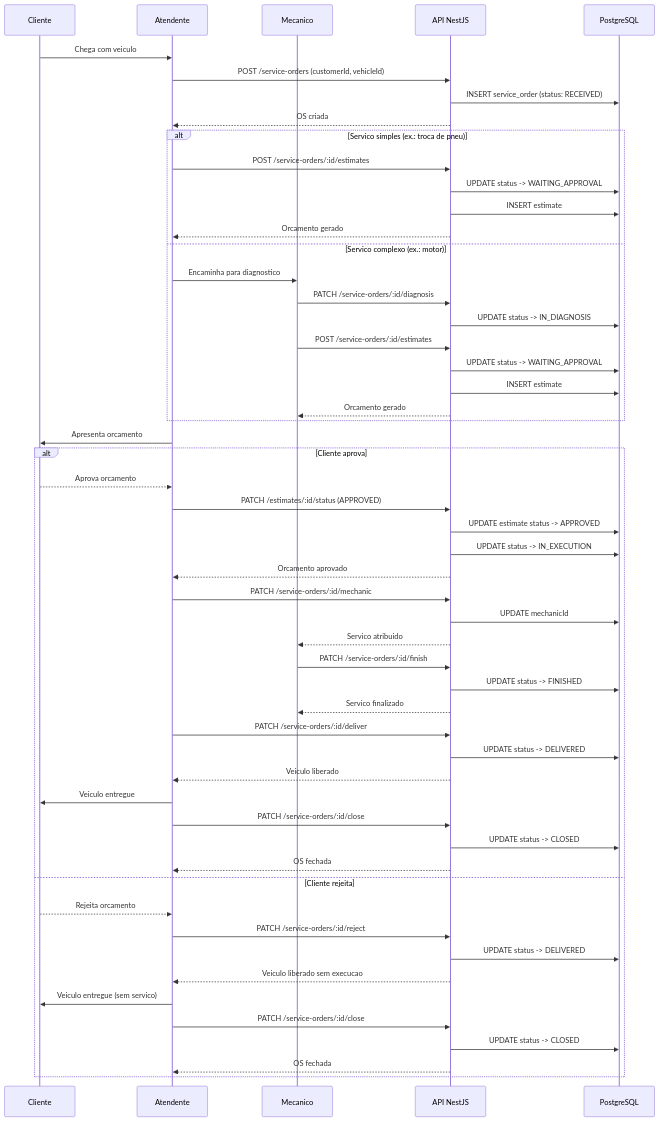
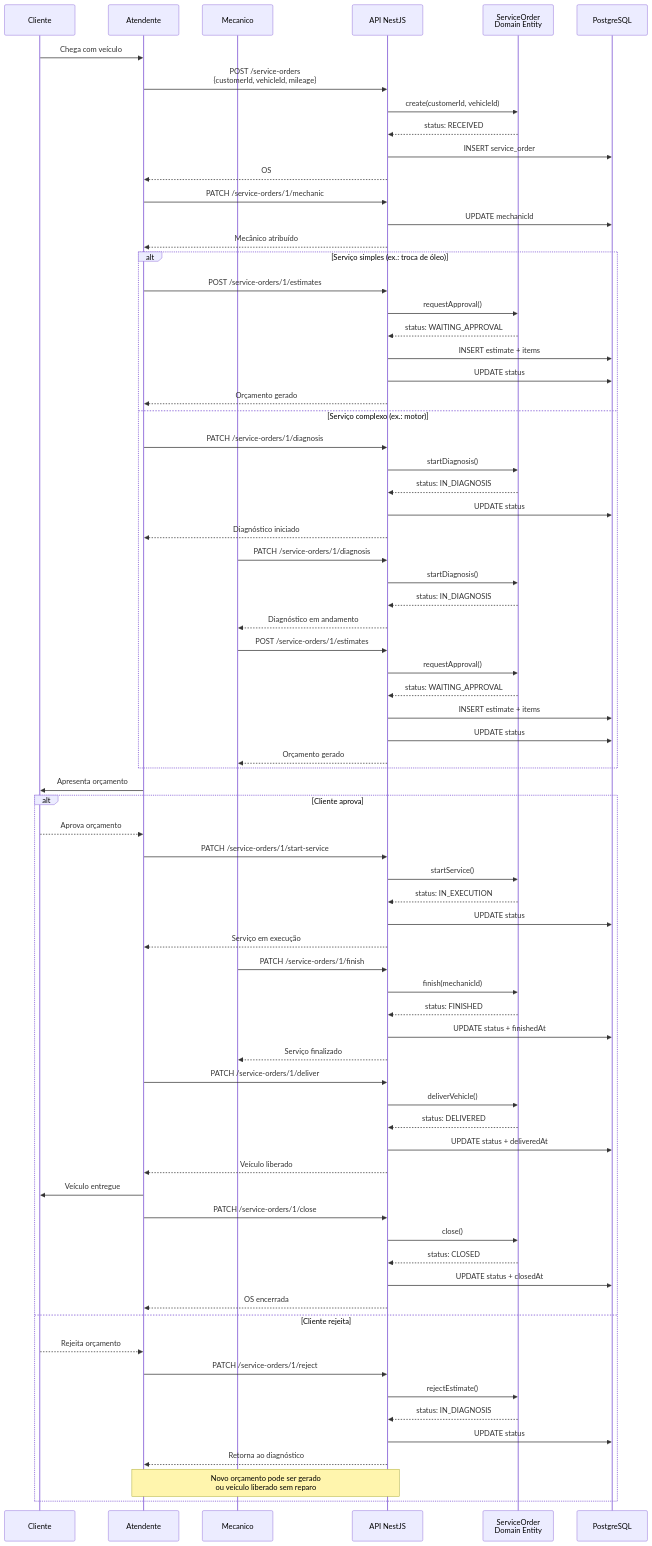
The diagram in docs/diagrams/06-fluxo-completo-os.mmd (DevKaue/TechChallange), drawn with Mermaid before and after one commit. The commit also changed 6 other files, not shown here.

Commit message:
Fluxos mermaid atualizados

```diff
--- a/docs/diagrams/06-fluxo-completo-os.mmd
+++ b/docs/diagrams/06-fluxo-completo-os.mmd
@@ -1,58 +1,77 @@
 sequenceDiagram
     participant C as Cliente
     participant A as Atendente
     participant M as Mecanico
     participant API as API NestJS
+    participant SO as ServiceOrder<br/>Domain Entity
     participant DB as PostgreSQL
 
-    C->>A: Chega com veiculo
-    A->>API: POST /service-orders (customerId, vehicleId)
-    API->>DB: INSERT service_order (status: RECEIVED)
-    API-->>A: OS criada
+    C->>A: Chega com veículo
+    A->>API: POST /service-orders<br/>{customerId, vehicleId, mileage}
+    API->>SO: create(customerId, vehicleId)
+    SO-->>API: status: RECEIVED
+    API->>DB: INSERT service_order
+    API-->>A: OS #1 criada (RECEIVED)
+    A->>API: PATCH /service-orders/1/mechanic
+    API->>DB: UPDATE mechanicId
+    API-->>A: Mecânico atribuído
 
-    alt Servico simples (ex.: troca de pneu)
-        A->>API: POST /service-orders/:id/estimates
-        API->>DB: UPDATE status -> WAITING_APPROVAL
-        API->>DB: INSERT estimate
-        API-->>A: Orcamento gerado
-    else Servico complexo (ex.: motor)
-        A->>M: Encaminha para diagnostico
-        M->>API: PATCH /service-orders/:id/diagnosis
-        API->>DB: UPDATE status -> IN_DIAGNOSIS
-        M->>API: POST /service-orders/:id/estimates
-        API->>DB: UPDATE status -> WAITING_APPROVAL
-        API->>DB: INSERT estimate
-        API-->>M: Orcamento gerado
+    alt Serviço simples (ex.: troca de óleo)
+        A->>API: POST /service-orders/1/estimates
+        API->>SO: requestApproval()
+        SO-->>API: status: WAITING_APPROVAL
+        API->>DB: INSERT estimate + items
+        API->>DB: UPDATE status
+        API-->>A: Orçamento gerado
+    else Serviço complexo (ex.: motor)
+        A->>API: PATCH /service-orders/1/diagnosis
+        API->>SO: startDiagnosis()
+        SO-->>API: status: IN_DIAGNOSIS
+        API->>DB: UPDATE status
+        API-->>A: Diagnóstico iniciado
+        M->>API: PATCH /service-orders/1/diagnosis
+        API->>SO: startDiagnosis()
+        SO-->>API: status: IN_DIAGNOSIS
+        API-->>M: Diagnóstico em andamento
+        M->>API: POST /service-orders/1/estimates
+        API->>SO: requestApproval()
+        SO-->>API: status: WAITING_APPROVAL
+        API->>DB: INSERT estimate + items
+        API->>DB: UPDATE status
+        API-->>M: Orçamento gerado
     end
 
-    A->>C: Apresenta orcamento
+    A->>C: Apresenta orçamento
 
     alt Cliente aprova
-        C-->>A: Aprova orcamento
-        A->>API: PATCH /estimates/:id/status (APPROVED)
-        API->>DB: UPDATE estimate status -> APPROVED
-        API->>DB: UPDATE status -> IN_EXECUTION
-        API-->>A: Orcamento aprovado
-        A->>API: PATCH /service-orders/:id/mechanic
-        API->>DB: UPDATE mechanicId
-        API-->>M: Servico atribuido
-        M->>API: PATCH /service-orders/:id/finish
-        API->>DB: UPDATE status -> FINISHED
-        API-->>M: Servico finalizado
-        A->>API: PATCH /service-orders/:id/deliver
-        API->>DB: UPDATE status -> DELIVERED
-        API-->>A: Veiculo liberado
-        A->>C: Veiculo entregue
-        A->>API: PATCH /service-orders/:id/close
-        API->>DB: UPDATE status -> CLOSED
-        API-->>A: OS fechada
+        C-->>A: Aprova orçamento
+        A->>API: PATCH /service-orders/1/start-service
+        API->>SO: startService()
+        SO-->>API: status: IN_EXECUTION
+        API->>DB: UPDATE status
+        API-->>A: Serviço em execução
+        M->>API: PATCH /service-orders/1/finish
+        API->>SO: finish(mechanicId)
+        SO-->>API: status: FINISHED
+        API->>DB: UPDATE status + finishedAt
+        API-->>M: Serviço finalizado
+        A->>API: PATCH /service-orders/1/deliver
+        API->>SO: deliverVehicle()
+        SO-->>API: status: DELIVERED
+        API->>DB: UPDATE status + deliveredAt
+        API-->>A: Veículo liberado
+        A->>C: Veículo entregue
+        A->>API: PATCH /service-orders/1/close
+        API->>SO: close()
+        SO-->>API: status: CLOSED
+        API->>DB: UPDATE status + closedAt
+        API-->>A: OS encerrada
     else Cliente rejeita
-        C-->>A: Rejeita orcamento
-        A->>API: PATCH /service-orders/:id/reject
-        API->>DB: UPDATE status -> DELIVERED
-        API-->>A: Veiculo liberado sem execucao
-        A->>C: Veiculo entregue (sem servico)
-        A->>API: PATCH /service-orders/:id/close
-        API->>DB: UPDATE status -> CLOSED
-        API-->>A: OS fechada
+        C-->>A: Rejeita orçamento
+        A->>API: PATCH /service-orders/1/reject
+        API->>SO: rejectEstimate()
+        SO-->>API: status: IN_DIAGNOSIS
+        API->>DB: UPDATE status
+        API-->>A: Retorna ao diagnóstico
+        Note over A,API: Novo orçamento pode ser gerado<br/>ou veículo liberado sem reparo
     end
```
